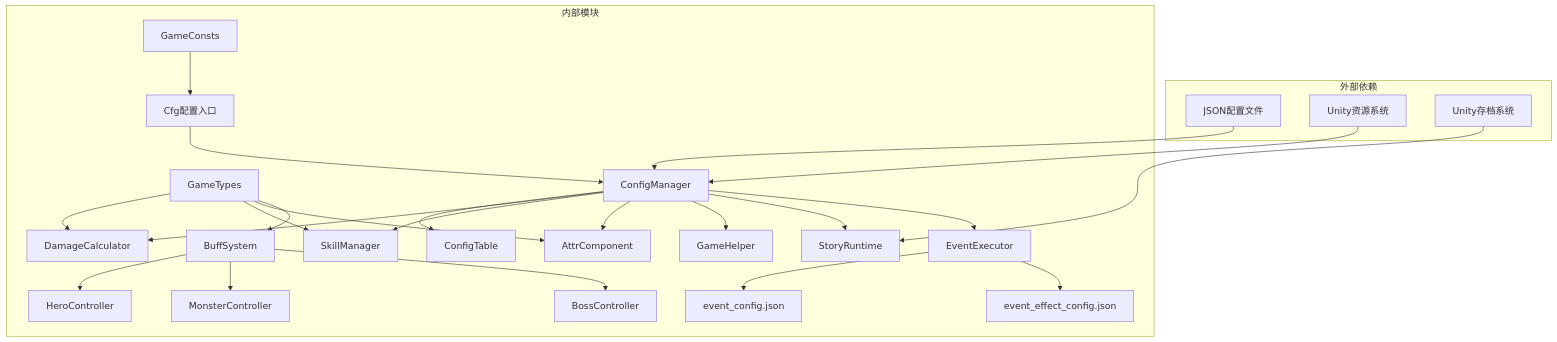
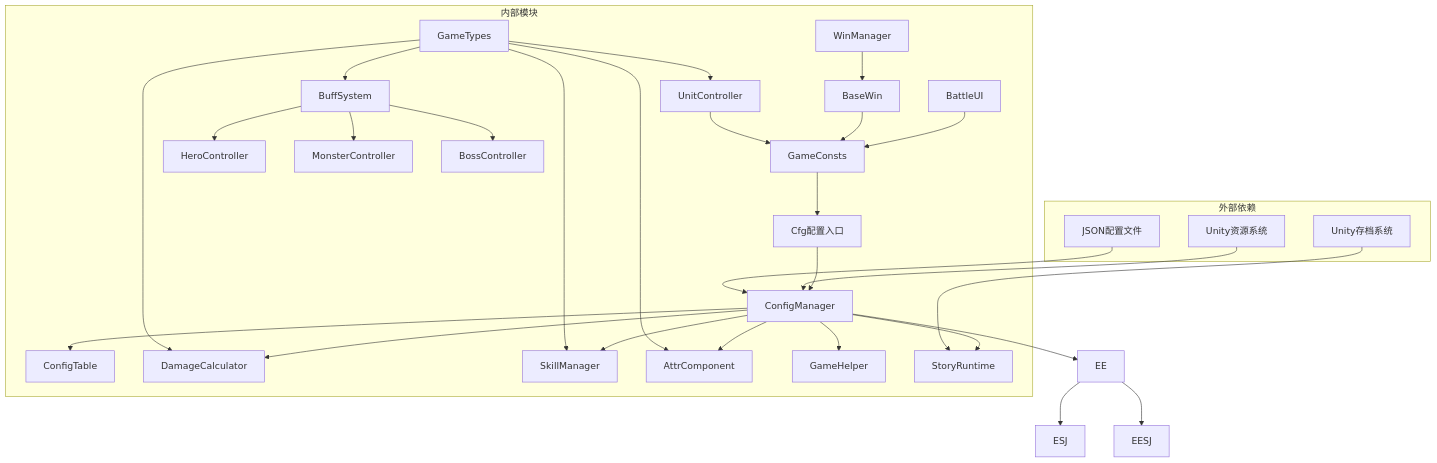
One commit to Tuusen/p1_client changed diagram 21 of 21 in .qoder/repowiki/zh/content/核心架构/游戏常量与类型.md. Above: the diagram before and after it, drawn with Mermaid. The commit also changed other lines of this file and 3 other files, not shown here.

````diff
--- a/.qoder/repowiki/zh/content/核心架构/游戏常量与类型.md
+++ b/.qoder/repowiki/zh/content/核心架构/游戏常量与类型.md
@@ -706,48 +984,54 @@
 ```mermaid
 graph TB
 subgraph "外部依赖"
 JSON[JSON配置文件]
 Resources[Unity资源系统]
 PlayerPrefs[Unity存档系统]
 end
 subgraph "内部模块"
 GC[GameConsts]
 GT[GameTypes]
 CFG[Cfg配置入口]
 CM[ConfigManager]
 CT[ConfigTable]
 DC[DamageCalculator]
 SM[SkillManager]
 AC[AttrComponent]
 GH[GameHelper]
 SR[StoryRuntime]
 BS[BuffSystem]
 HC[HeroController]
 MC[MonsterController]
 BOSS[BossController]
-EE[EventExecutor]
-ESJ[event_config.json]
-EESJ[event_effect_config.json]
+UC[UnitController]
+BW[BaseWin]
+WM[WinManager]
+BU[BattleUI]
 end
 JSON --> CM
 Resources --> CM
 PlayerPrefs --> SR
 GC --> CFG
 GT --> DC
 GT --> SM
 GT --> AC
 GT --> BS
+GT --> UC
 CFG --> CM
 CM --> CT
 CM --> DC
 CM --> SM
 CM --> AC
 CM --> GH
 CM --> SR
 CM --> EE
 EE --> ESJ
 EE --> EESJ
 BS --> HC
 BS --> MC
 BS --> BOSS
+UC --> GC
+BW --> GC
+WM --> BW
+BU --> GC
 ```
````
